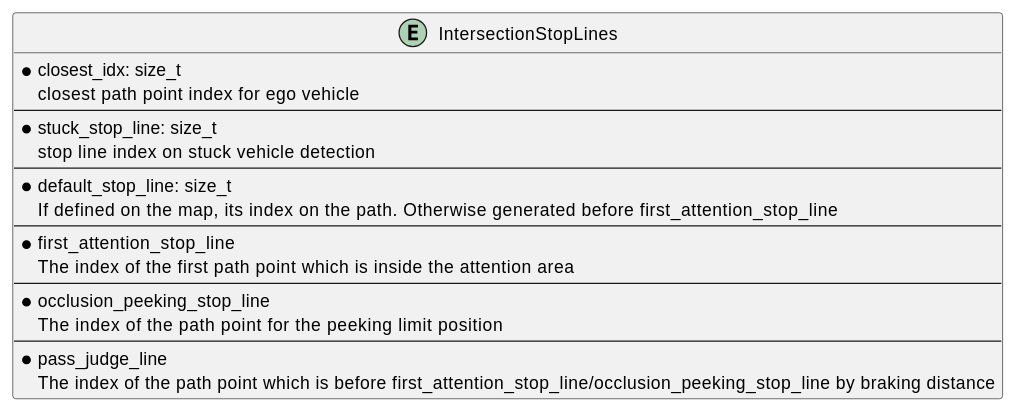
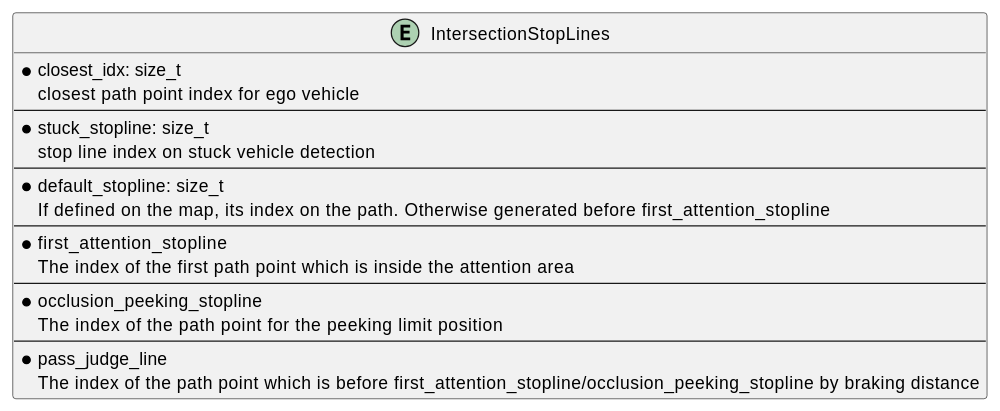
One commit to autowarefoundation/autoware.universe changed the second of 3 diagrams in planning/behavior_velocity_intersection_module/README.md. Above: the diagram before and after it, drawn with PlantUML. The commit also changed other lines of this file and 11 other files, not shown here.

````diff
--- a/planning/behavior_velocity_intersection_module/README.md
+++ b/planning/behavior_velocity_intersection_module/README.md
@@ -160,23 +164,23 @@
 ```plantuml
 @startuml
 entity IntersectionStopLines {
   * closest_idx: size_t
   closest path point index for ego vehicle
   --
-  * stuck_stop_line: size_t
+  * stuck_stopline: size_t
   stop line index on stuck vehicle detection
   --
-  * default_stop_line: size_t
-  If defined on the map, its index on the path. Otherwise generated before first_attention_stop_line
+  * default_stopline: size_t
+  If defined on the map, its index on the path. Otherwise generated before first_attention_stopline
   --
-  * first_attention_stop_line
+  * first_attention_stopline
   The index of the first path point which is inside the attention area
   --
-  * occlusion_peeking_stop_line
+  * occlusion_peeking_stopline
   The index of the path point for the peeking limit position
   --
   * pass_judge_line
-  The index of the path point which is before first_attention_stop_line/occlusion_peeking_stop_line by braking distance
+  The index of the path point which is before first_attention_stopline/occlusion_peeking_stopline by braking distance
 }
 @enduml
 ```
````
